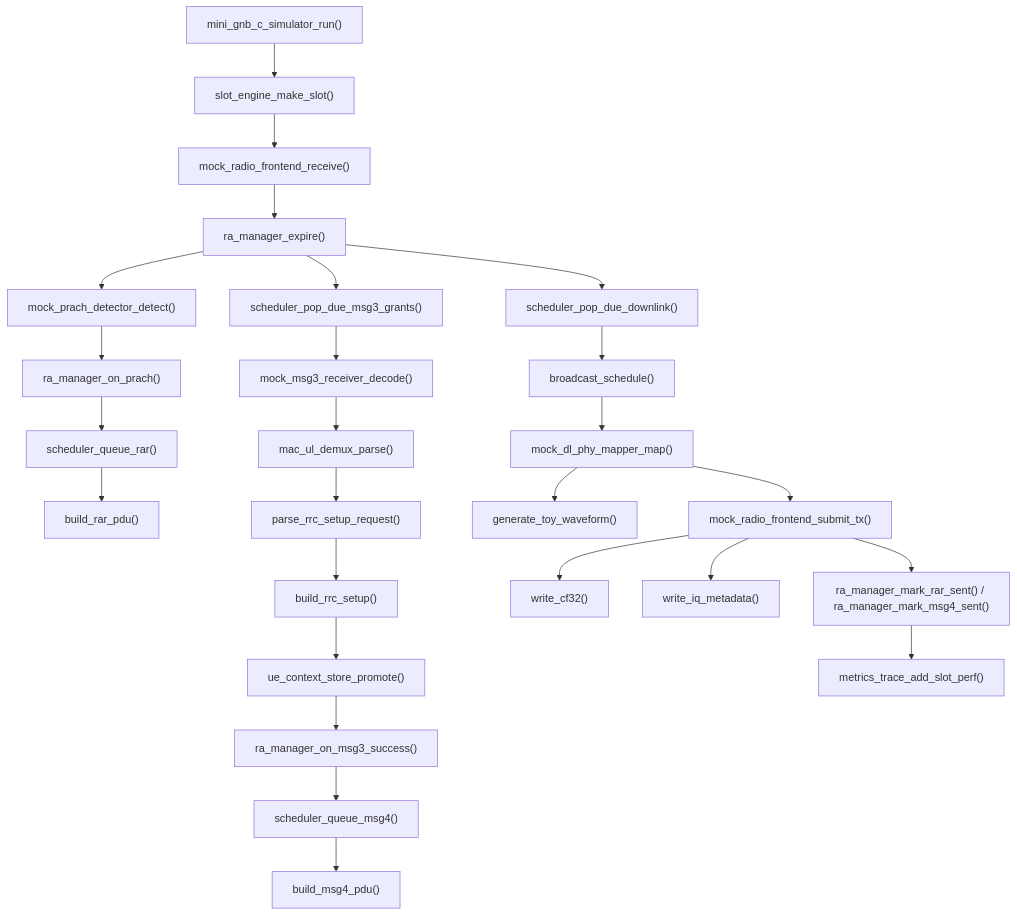
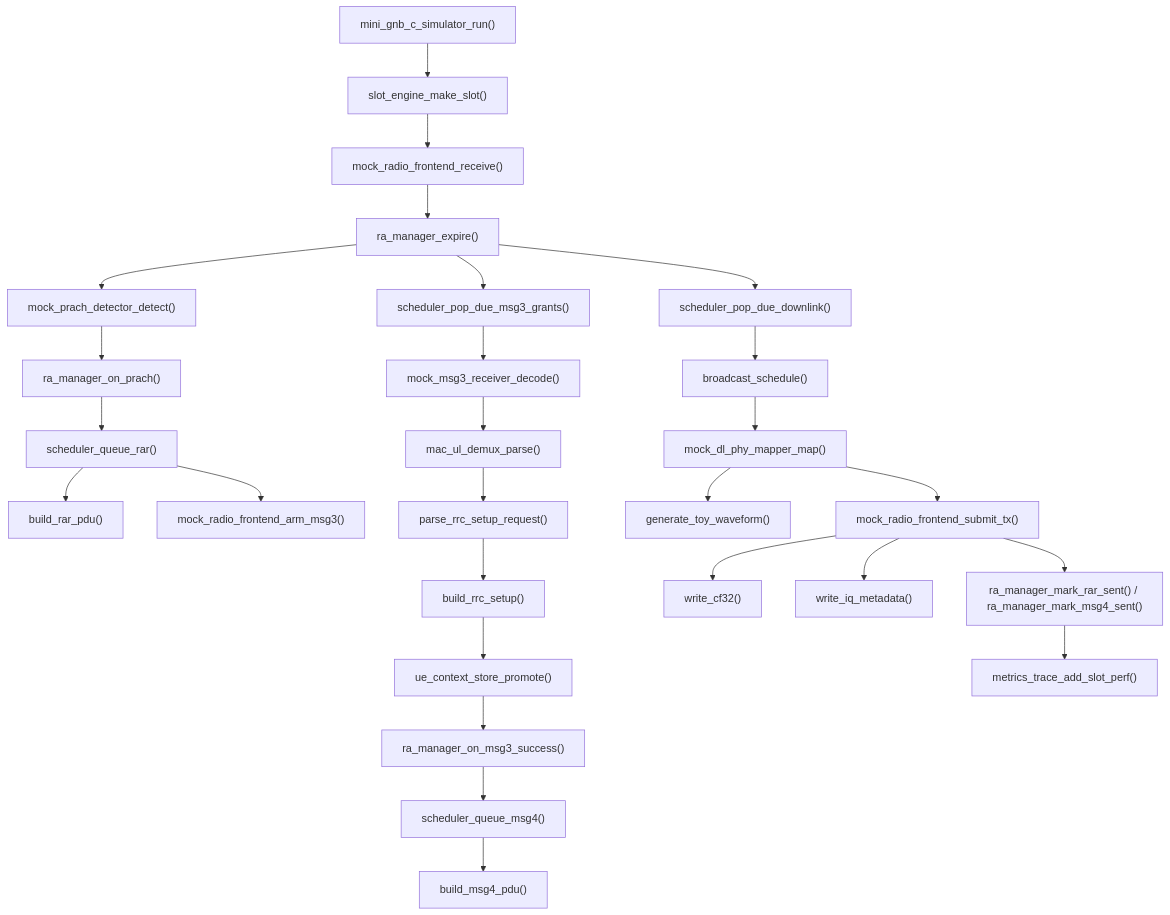
One commit to BluePhragmites/codex changed the second of 3 diagrams in gnb/gnb_c/architecture.md. Above: the diagram before and after it, drawn with Mermaid. The commit also changed other lines of this file and 17 other files, not shown here.

Commit message:
Drive gnb_c uplink flow from radio bursts

````diff
--- a/gnb/gnb_c/architecture.md
+++ b/gnb/gnb_c/architecture.md
@@ -169,32 +170,33 @@
 ```mermaid
 flowchart TD
   A["mini_gnb_c_simulator_run()"] --> B["slot_engine_make_slot()"]
   B --> C["mock_radio_frontend_receive()"]
   C --> D["ra_manager_expire()"]
 
   D --> E["mock_prach_detector_detect()"]
   E --> F["ra_manager_on_prach()"]
   F --> G["scheduler_queue_rar()"]
   G --> G1["build_rar_pdu()"]
+  G --> G2["mock_radio_frontend_arm_msg3()"]
 
   D --> H["scheduler_pop_due_msg3_grants()"]
   H --> I["mock_msg3_receiver_decode()"]
   I --> J["mac_ul_demux_parse()"]
   J --> K["parse_rrc_setup_request()"]
   K --> L["build_rrc_setup()"]
   L --> M["ue_context_store_promote()"]
   M --> N["ra_manager_on_msg3_success()"]
   N --> O["scheduler_queue_msg4()"]
   O --> O1["build_msg4_pdu()"]
 
   D --> P["scheduler_pop_due_downlink()"]
   P --> Q["broadcast_schedule()"]
   Q --> R["mock_dl_phy_mapper_map()"]
   R --> R1["generate_toy_waveform()"]
   R --> S["mock_radio_frontend_submit_tx()"]
   S --> S1["write_cf32()"]
   S --> S2["write_iq_metadata()"]
 
   S --> T["ra_manager_mark_rar_sent() / ra_manager_mark_msg4_sent()"]
   T --> U["metrics_trace_add_slot_perf()"]
 ```
````
